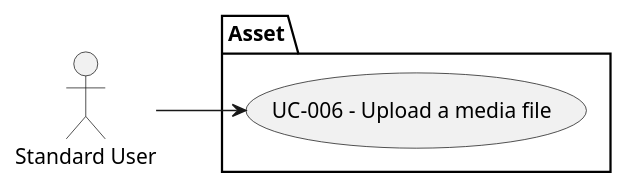
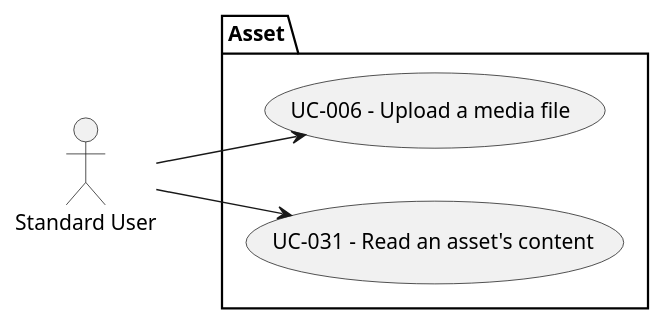
One commit to Mnemorium/mnemorium changed the eighth of 8 diagrams in docs/development/UseCases.md. Above: the diagram before and after it, drawn with PlantUML. The commit also changed other lines of this file and 77 other files, not shown here.

````diff
--- a/docs/development/UseCases.md
+++ b/docs/development/UseCases.md
@@ -1690,14 +1690,16 @@
 ```puml
 @startuml
 left to right direction
 skinparam style strictuml
 
 actor "Standard User" as StandardUser
 
 package "Asset" {
   usecase "UC-006 - Upload a media file" as UC006
+  usecase "UC-031 - Read an asset's content" as UC031
 }
 
 StandardUser --> UC006
+StandardUser --> UC031
 @enduml
 ```
````
